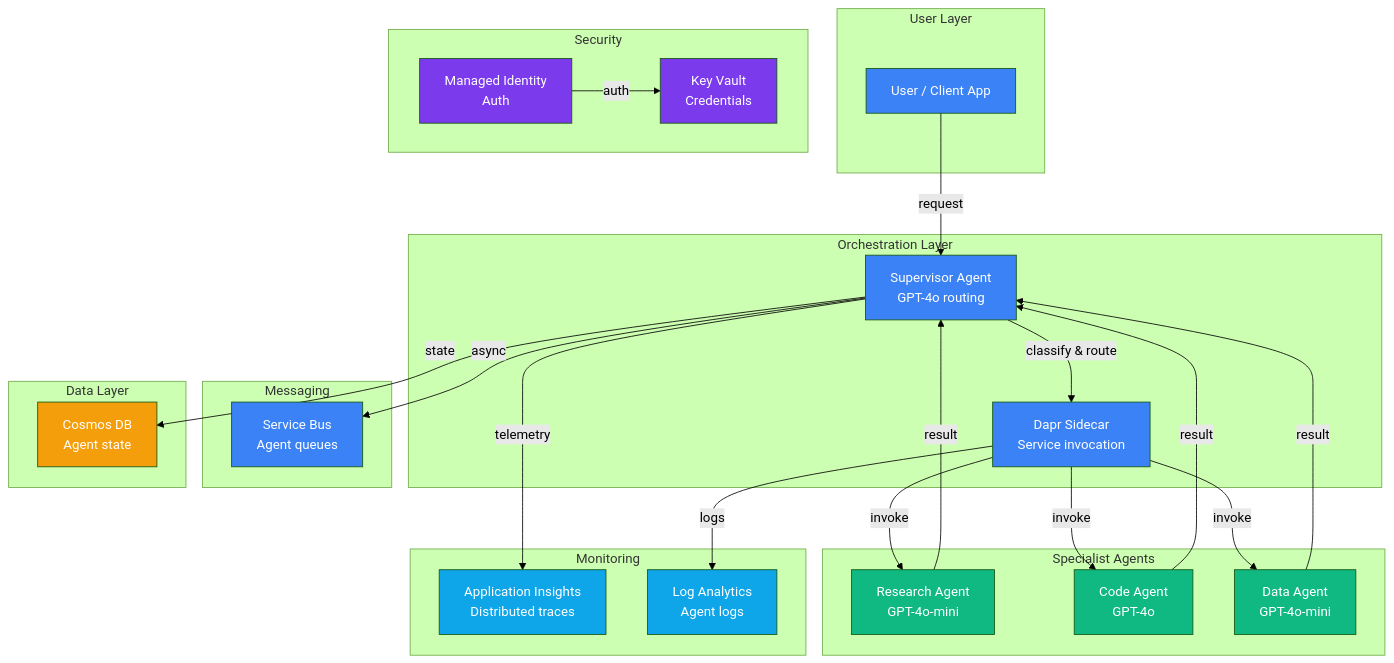
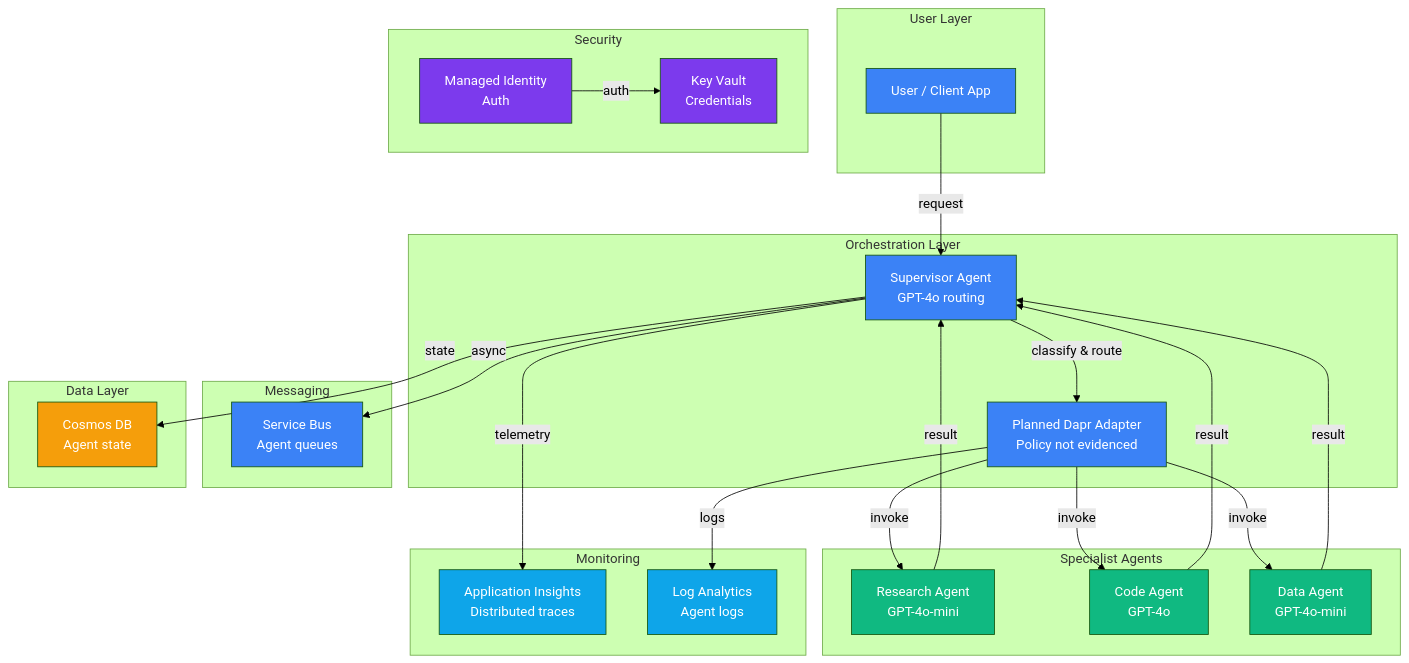
The diagram in .factory/docs/solution-plays/07-multi-agent-service.mdx (frootai/frootai), drawn with Mermaid (forest theme) before and after one commit. The commit also changed other lines of this file and 103 other files, not shown here.

````diff
--- a/.factory/docs/solution-plays/07-multi-agent-service.mdx
+++ b/.factory/docs/solution-plays/07-multi-agent-service.mdx
@@ -33,62 +33,62 @@
 ```mermaid
 graph TB
     subgraph User Layer
         User[User / Client App]
     end
 
     subgraph Orchestration Layer
         SUP[Supervisor Agent<br/>GPT-4o routing]
-        DAPR[Dapr Sidecar<br/>Service invocation]
+        DAPR[Planned Dapr Adapter<br/>Policy not evidenced]
     end
 
     subgraph Specialist Agents
         RESEARCH[Research Agent<br/>GPT-4o-mini]
         CODE[Code Agent<br/>GPT-4o]
         DATA[Data Agent<br/>GPT-4o-mini]
     end
 
     subgraph Messaging
         SB[Service Bus<br/>Agent queues]
     end
 
     subgraph Data Layer
         COSMOS[Cosmos DB<br/>Agent state]
     end
 
     subgraph Security
         KV[Key Vault<br/>Credentials]
         MI[Managed Identity<br/>Auth]
     end
 
     subgraph Monitoring
         AI_INS[Application Insights<br/>Distributed traces]
         LOG[Log Analytics<br/>Agent logs]
     end
 
     User -->|request| SUP
     SUP -->|classify & route| DAPR
     DAPR -->|invoke| RESEARCH
     DAPR -->|invoke| CODE
     DAPR -->|invoke| DATA
     RESEARCH -->|result| SUP
     CODE -->|result| SUP
     DATA -->|result| SUP
     SUP -->|async| SB
     SUP -->|state| COSMOS
     MI -->|auth| KV
     SUP -->|telemetry| AI_INS
     DAPR -->|logs| LOG
 
     style User fill:#3b82f6,color:#fff
     style SUP fill:#3b82f6,color:#fff
     style DAPR fill:#3b82f6,color:#fff
     style RESEARCH fill:#10b981,color:#fff
     style CODE fill:#10b981,color:#fff
     style DATA fill:#10b981,color:#fff
     style SB fill:#3b82f6,color:#fff
     style COSMOS fill:#f59e0b,color:#fff
     style KV fill:#7c3aed,color:#fff
     style MI fill:#7c3aed,color:#fff
     style AI_INS fill:#0ea5e9,color:#fff
     style LOG fill:#0ea5e9,color:#fff
 ```
````
